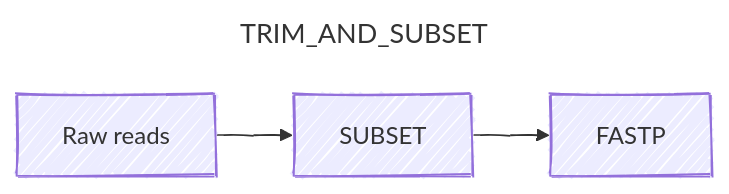
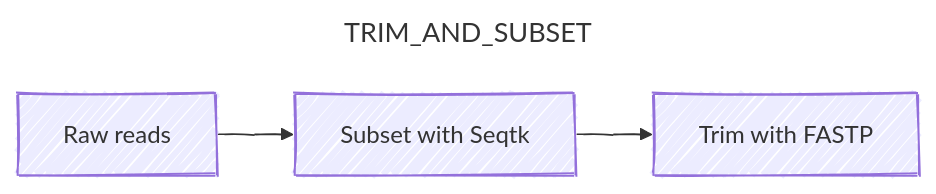
The second of 8 diagrams in docs/run.md (naobservatory/mgs-workflow), drawn with Mermaid before and after one commit. The commit also changed other lines of this file, not shown here.

````diff
--- a/docs/run.md
+++ b/docs/run.md
@@ -62,12 +65,12 @@
 ```mermaid
 ---
 title: TRIM_AND_SUBSET
 config:
   layout: horizontal
   look: handDrawn
   theme: default
 ---
 flowchart LR
-A[Raw reads] --> B[SUBSET]
-B --> C[FASTP]
+A[Raw reads] --> B[Subset with Seqtk]
+B --> C[Trim with FASTP]
 ```
````
